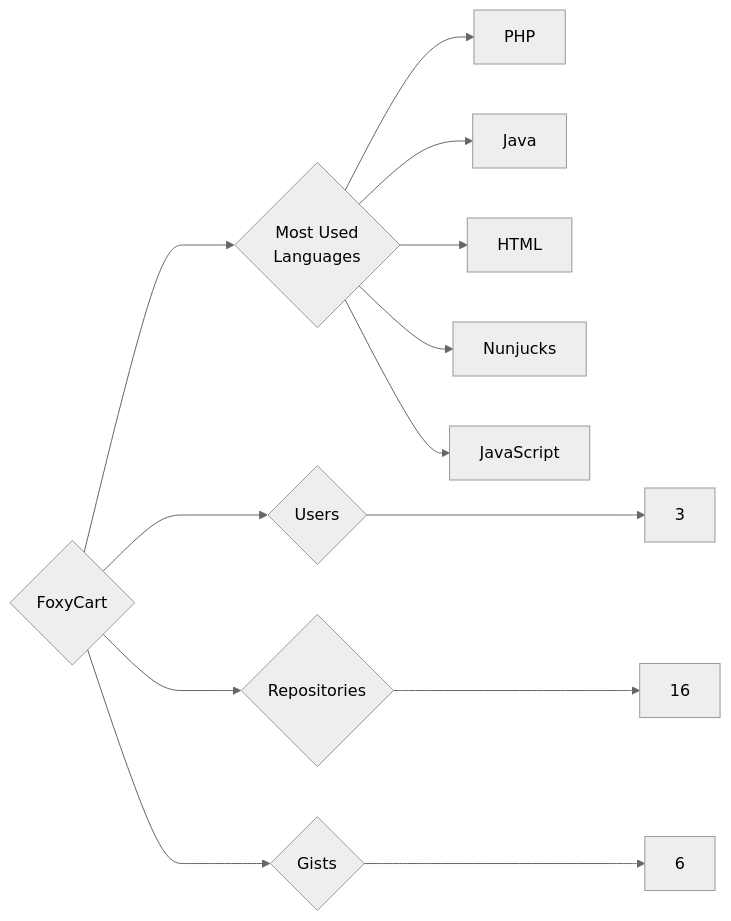
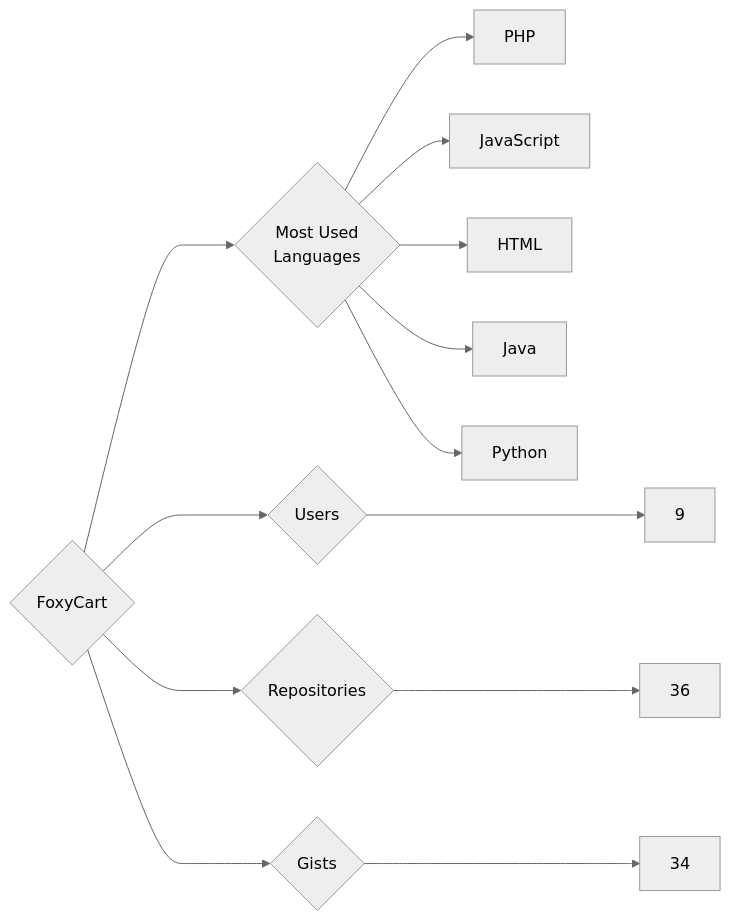
Before and after one commit to trickest/insiders: the diagram in targets/FoxyCart/README.md, drawn with Mermaid (neutral theme). The commit also changed 1314 other files, not shown here.

````diff
--- a/targets/FoxyCart/README.md
+++ b/targets/FoxyCart/README.md
@@ -3,13 +3,13 @@
 ```mermaid
 graph LR
 COMPANY_NAME{FoxyCart}
-COMPANY_NAME ---> U{Users} ---> UN[3]
-COMPANY_NAME ---> R{Repositories} ---> RN[16]
-COMPANY_NAME ---> G{Gists} ---> GN[6]
+COMPANY_NAME ---> U{Users} ---> UN[9]
+COMPANY_NAME ---> R{Repositories} ---> RN[36]
+COMPANY_NAME ---> G{Gists} ---> GN[34]
 COMPANY_NAME ---> ML{Most Used<br>Languages}
 ML --> PHP[PHP]
+ML --> JavaScript[JavaScript]
+ML --> HTML[HTML]
 ML --> Java[Java]
-ML --> HTML[HTML]
-ML --> Nunjucks[Nunjucks]
-ML --> JavaScript[JavaScript]
+ML --> Python[Python]
 ```
````
